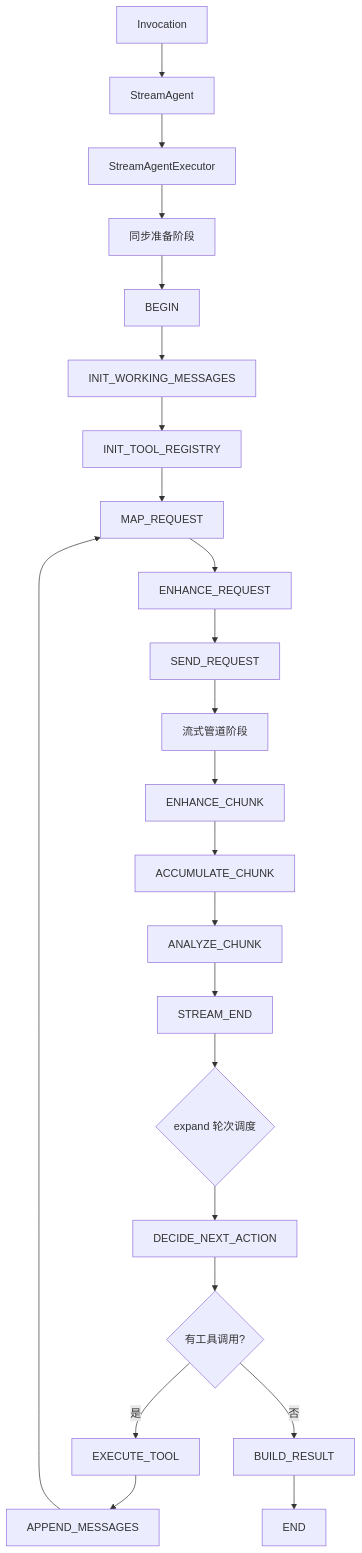
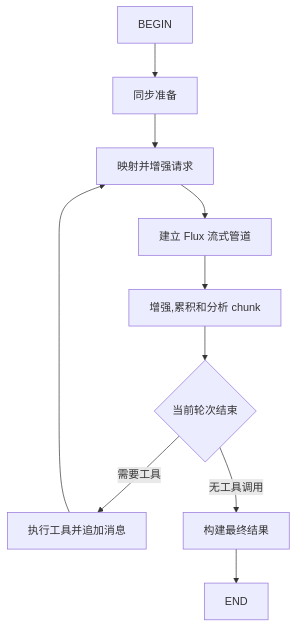
One commit to Halcyonsong/liteagent-template changed the third of 3 diagrams in README.md. Above: the diagram before and after it, drawn with Mermaid. The commit also changed other lines of this file and 32 other files, not shown here.

````diff
--- a/README.md
+++ b/README.md
@@ -72,25 +80,12 @@
 ```mermaid
 flowchart TD
-    C1[Invocation] --> C2[StreamAgent]
-    C2 --> C3[StreamAgentExecutor]
-    C3 --> C4[同步准备阶段]
-    C4 --> C5[BEGIN]
-    C5 --> C6[INIT_WORKING_MESSAGES]
-    C6 --> C7[INIT_TOOL_REGISTRY]
-    C7 --> C8[MAP_REQUEST]
-    C8 --> C9[ENHANCE_REQUEST]
-    C9 --> C10[SEND_REQUEST]
-    C10 --> C11[流式管道阶段]
-    C11 --> C12[ENHANCE_CHUNK]
-    C12 --> C13[ACCUMULATE_CHUNK]
-    C13 --> C14[ANALYZE_CHUNK]
-    C14 --> C15[STREAM_END]
-    C15 --> C16{expand 轮次调度}
-    C16 --> C17[DECIDE_NEXT_ACTION]
-    C17 --> C18{有工具调用?}
-    C18 -- 是 --> C19[EXECUTE_TOOL]
-    C19 --> C20[APPEND_MESSAGES]
-    C20 --> C8
-    C18 -- 否 --> C21[BUILD_RESULT]
-    C21 --> C22[END]
+    A[BEGIN] --> B[同步准备]
+    B --> C[映射并增强请求]
+    C --> D[建立 Flux 流式管道]
+    D --> E[增强,累积和分析 chunk]
+    E --> F{当前轮次结束}
+    F -- 需要工具 --> G[执行工具并追加消息]
+    G --> C
+    F -- 无工具调用 --> H[构建最终结果]
+    H --> I[END]
 ```
````
